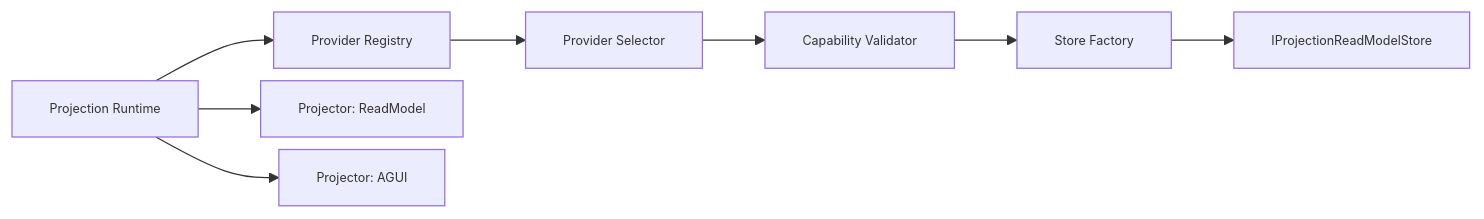
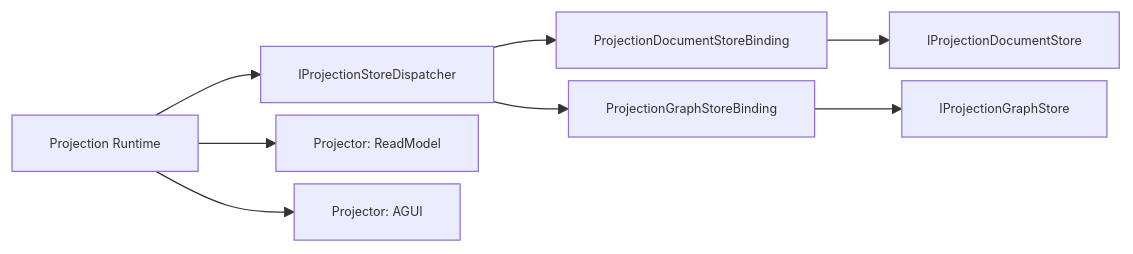
Before and after one commit to aevatarAI/aevatar: the second of 2 diagrams in docs/architecture/generic-event-sourcing-elasticsearch-readmodel-requirements.md, drawn with Mermaid. The commit also changed other lines of this file and 64 other files, not shown here.

First line of the commit message:
Refactor Projection Store Interfaces and Update Dependency Injection

````diff
--- a/docs/architecture/generic-event-sourcing-elasticsearch-readmodel-requirements.md
+++ b/docs/architecture/generic-event-sourcing-elasticsearch-readmodel-requirements.md
@@ -182,11 +183,11 @@
 ```mermaid
 %%{init: {"maxTextSize": 100000, "flowchart": {"useMaxWidth": false, "nodeSpacing": 10, "rankSpacing": 50}, "themeVariables": {"fontSize": "10px"}}}%%
 flowchart LR
-    P1["Projection Runtime"] --> P2["Provider Registry"]
-    P2 --> P3["Provider Selector"]
-    P3 --> P4["Capability Validator"]
-    P4 --> P5["Store Factory"]
-    P5 --> P6["IProjectionReadModelStore"]
+    P1["Projection Runtime"] --> P2["IProjectionStoreDispatcher<TReadModel,TKey>"]
+    P2 --> P3["ProjectionDocumentStoreBinding"]
+    P2 --> P4["ProjectionGraphStoreBinding"]
+    P3 --> P5["IProjectionDocumentStore<TReadModel,TKey>"]
+    P4 --> P6["IProjectionGraphStore"]
     P1 --> P7["Projector: ReadModel"]
     P1 --> P8["Projector: AGUI"]
 ```
````
